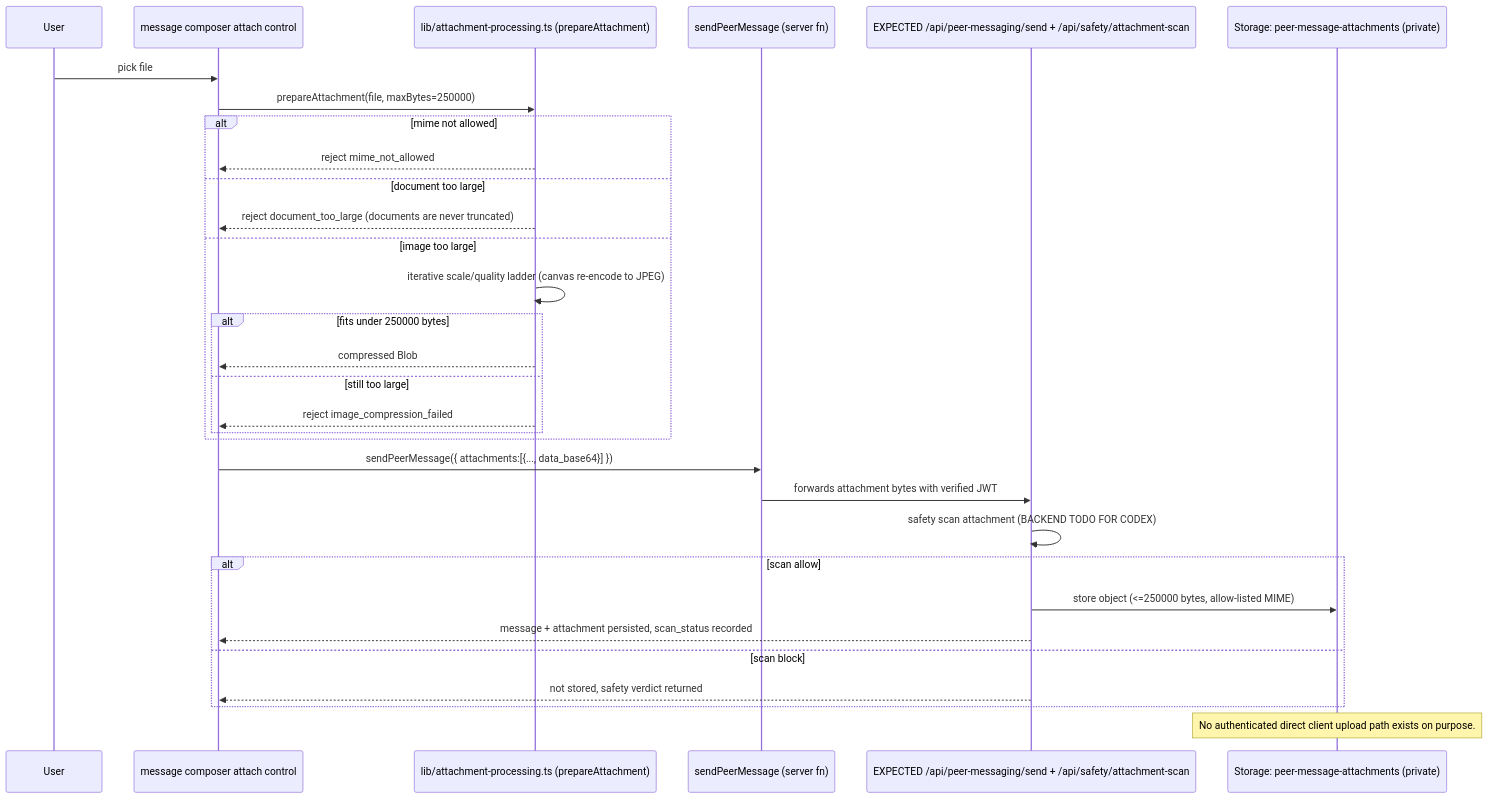
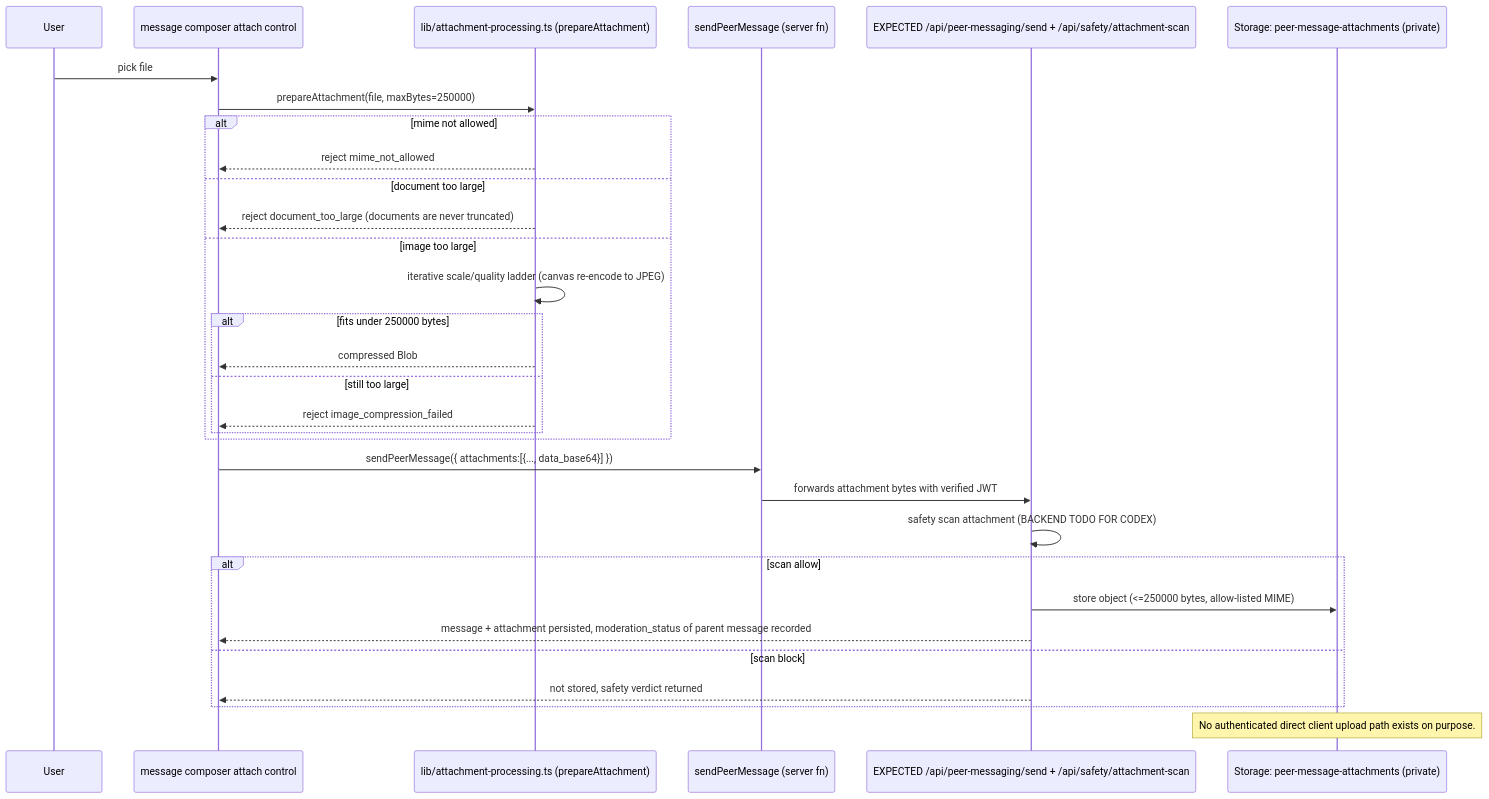
The diagram in docs/sequences/ATTACHMENT_COMPRESS_SCAN_STORE.mmd (keyshavmor/study-swiss-star), drawn with Mermaid before and after one commit. The commit also changed 3 other files, not shown here.

```diff
--- a/docs/sequences/ATTACHMENT_COMPRESS_SCAN_STORE.mmd
+++ b/docs/sequences/ATTACHMENT_COMPRESS_SCAN_STORE.mmd
@@ -1,34 +1,34 @@
 %% Status: CURRENT FRONTEND + CURRENT SUPABASE + EXPECTED LOCAL BACKEND CONTRACT
 %% Source: frontend/src/lib/attachment-processing.ts, safety-backend.server.ts
 sequenceDiagram
     participant User
     participant UI as message composer attach control
     participant Prep as lib/attachment-processing.ts (prepareAttachment)
     participant Fn as sendPeerMessage (server fn)
     participant Backend as EXPECTED /api/peer-messaging/send + /api/safety/attachment-scan
     participant Bucket as Storage: peer-message-attachments (private)
 
     User->>UI: pick file
     UI->>Prep: prepareAttachment(file, maxBytes=250000)
     alt mime not allowed
         Prep-->>UI: reject mime_not_allowed
     else document too large
         Prep-->>UI: reject document_too_large (documents are never truncated)
     else image too large
         Prep->>Prep: iterative scale/quality ladder (canvas re-encode to JPEG)
         alt fits under 250000 bytes
             Prep-->>UI: compressed Blob
         else still too large
             Prep-->>UI: reject image_compression_failed
         end
     end
     UI->>Fn: sendPeerMessage({ attachments:[{..., data_base64}] })
     Fn->>Backend: forwards attachment bytes with verified JWT
     Backend->>Backend: safety scan attachment (BACKEND TODO FOR CODEX)
     alt scan allow
         Backend->>Bucket: store object (<=250000 bytes, allow-listed MIME)
-        Backend-->>UI: message + attachment persisted, scan_status recorded
+        Backend-->>UI: message + attachment persisted, moderation_status of parent message recorded
     else scan block
         Backend-->>UI: not stored, safety verdict returned
     end
     Note over Bucket: No authenticated direct client upload path exists on purpose.
```
